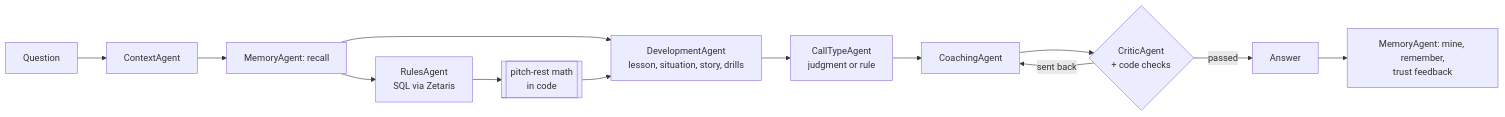
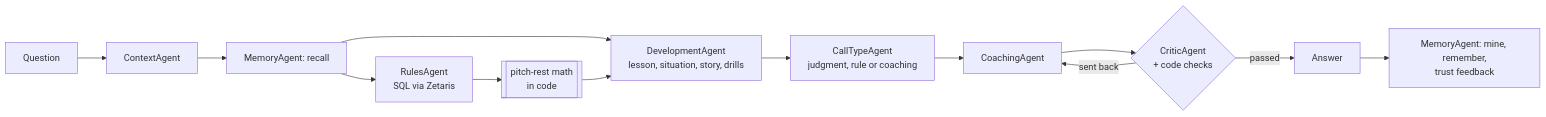
One commit to seanrugg/diamondagentiq changed the diagram in README.md. Above: the diagram before and after it, drawn with Mermaid. The commit also changed other lines of this file and 5 other files, not shown here.

First line of the commit message:
README: roles, coaching call type, new situations and tips, live-run critic catches, traces; demo copies each run's trace

````diff
--- a/README.md
+++ b/README.md
@@ -120,14 +126,14 @@
 ```mermaid
 flowchart LR
   Q[Question] --> C[ContextAgent]
   C --> M1[MemoryAgent: recall]
   M1 --> R[RulesAgent<br/>SQL via Zetaris] --> PR[[pitch-rest math<br/>in code]]
   M1 --> D[DevelopmentAgent<br/>lesson, situation, story, drills]
   PR --> D
-  D --> CT[CallTypeAgent<br/>judgment or rule]
+  D --> CT[CallTypeAgent<br/>judgment, rule or coaching]
   CT --> CO[CoachingAgent]
   CO --> CR{CriticAgent<br/>+ code checks}
   CR -- sent back --> CO
   CR -- passed --> A[Answer]
   A --> M2[MemoryAgent: mine, remember,<br/>trust feedback]
 ```
````
